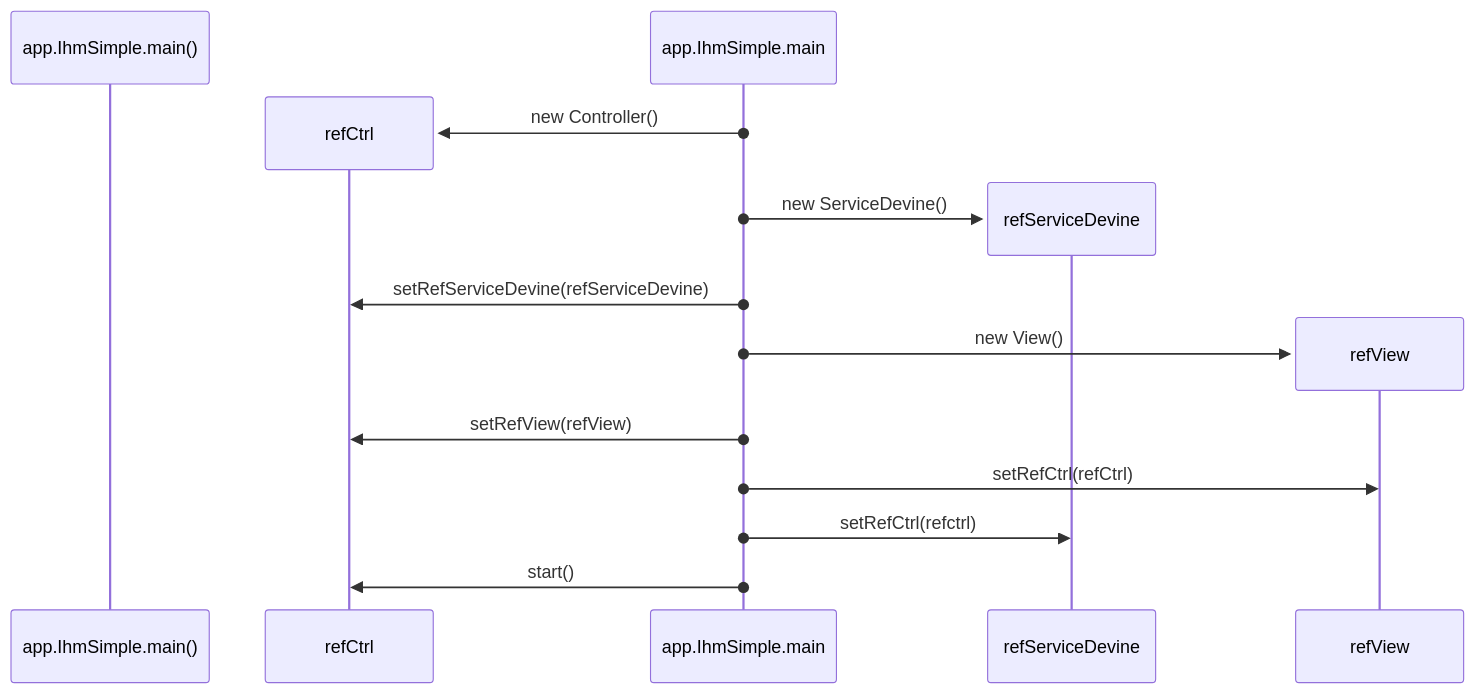
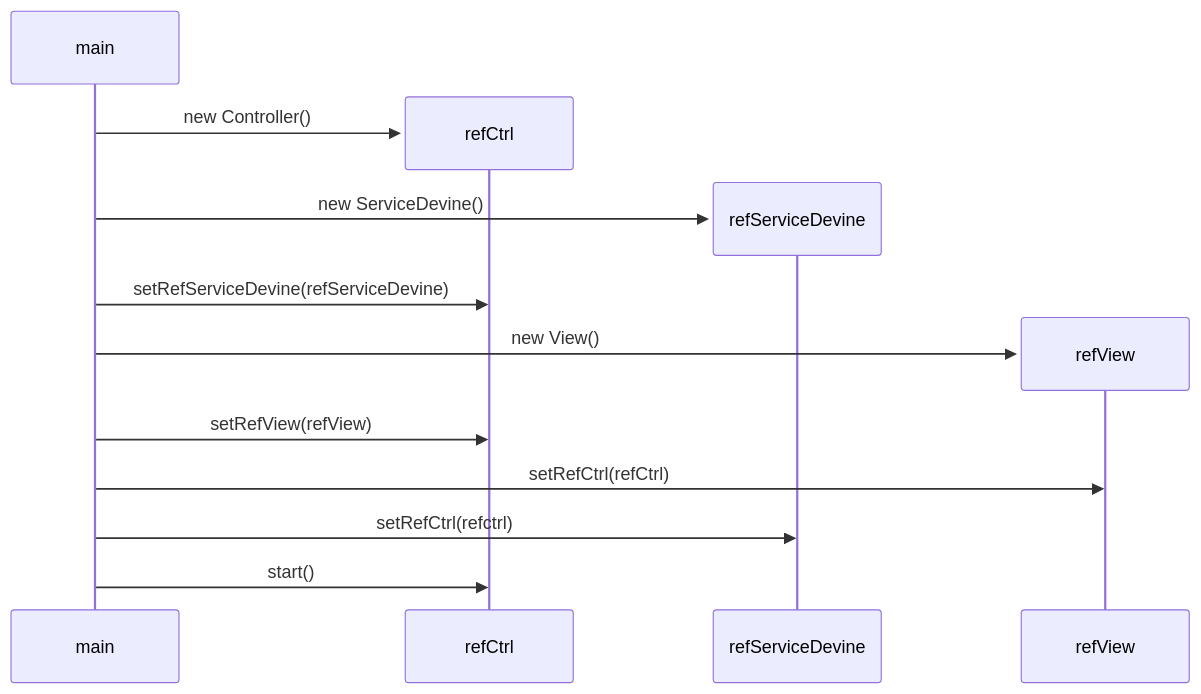
One commit to emf-info-d400/Ex04-DevineMonNombre changed the third of 6 diagrams in README.md. Above: the diagram before and after it, drawn with Mermaid. The commit also changed other lines of this file, not shown here.

Commit message:
correction mermaid

````diff
--- a/README.md
+++ b/README.md
@@ -112,15 +112,15 @@
 ```mermaid
 sequenceDiagram
-    participant app.IhmSimple.main()
+    participant main
     create participant refCtrl
-    app.IhmSimple.main()->>refCtrl: new Controller()
+    main->>refCtrl: new Controller()
     create participant refServiceDevine
-    app.IhmSimple.main()->>refServiceDevine: new ServiceDevine()
-    app.IhmSimple.main()->>refCtrl: setRefServiceDevine(refServiceDevine)
+    main->>refServiceDevine: new ServiceDevine()
+    main->>refCtrl: setRefServiceDevine(refServiceDevine)
     create participant refView
-    app.IhmSimple.main()->>refView: new View()
-    app.IhmSimple.main()->>refCtrl: setRefView(refView)
-    app.IhmSimple.main()->>refView: setRefCtrl(refCtrl)
-    app.IhmSimple.main()->>refServiceDevine: setRefCtrl(refctrl)
-    app.IhmSimple.main()->>refCtrl: start()
+    main->>refView: new View()
+    main->>refCtrl: setRefView(refView)
+    main->>refView: setRefCtrl(refCtrl)
+    main->>refServiceDevine: setRefCtrl(refctrl)
+    main->>refCtrl: start()
 ```
````
